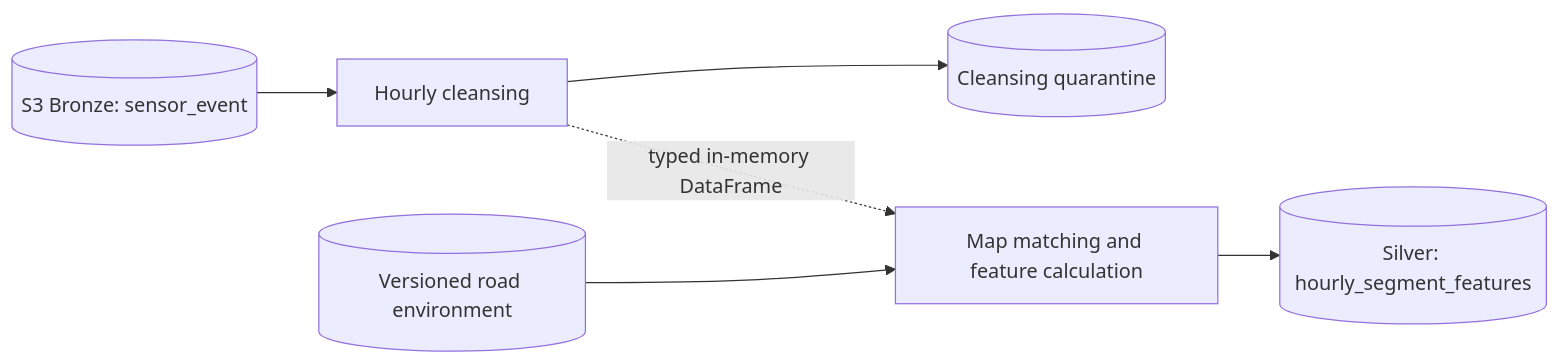
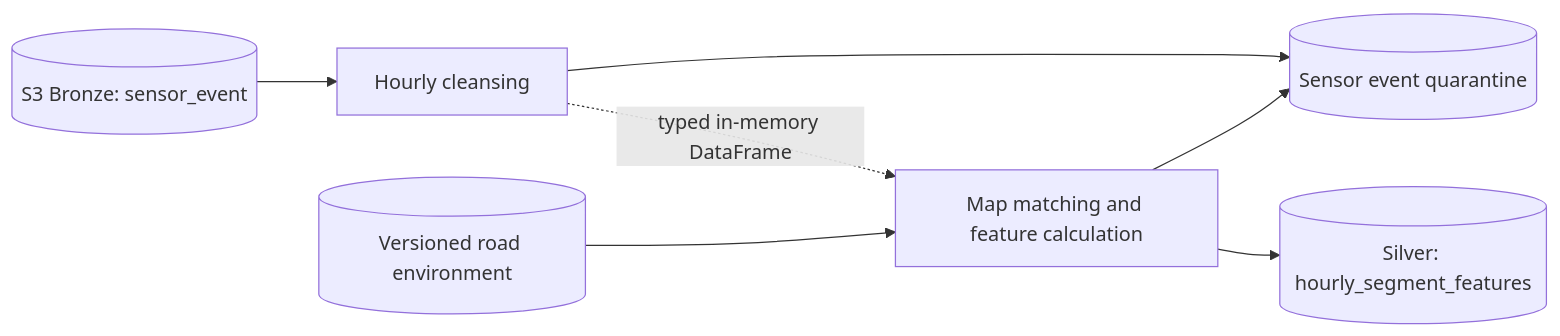
One commit to softeerbootcamp-8th/DE_team4-4una changed the second of 3 diagrams in context/architecture.md. Above: the diagram before and after it, drawn with Mermaid. The commit also changed other lines of this file and 14 other files, not shown here.

````diff
--- a/context/architecture.md
+++ b/context/architecture.md
@@ -138,8 +138,9 @@
 ```mermaid
 flowchart LR
     BR[(S3 Bronze: sensor_event)] --> T1[Hourly cleansing]
-    T1 --> Q[(Cleansing quarantine)]
+    T1 --> Q[(Sensor event quarantine)]
     T1 -. typed in-memory DataFrame .-> T2[Map matching and feature calculation]
     RS[(Versioned road environment)] --> T2
+    T2 --> Q
     T2 --> HF[(Silver: hourly_segment_features)]
 ```
````
